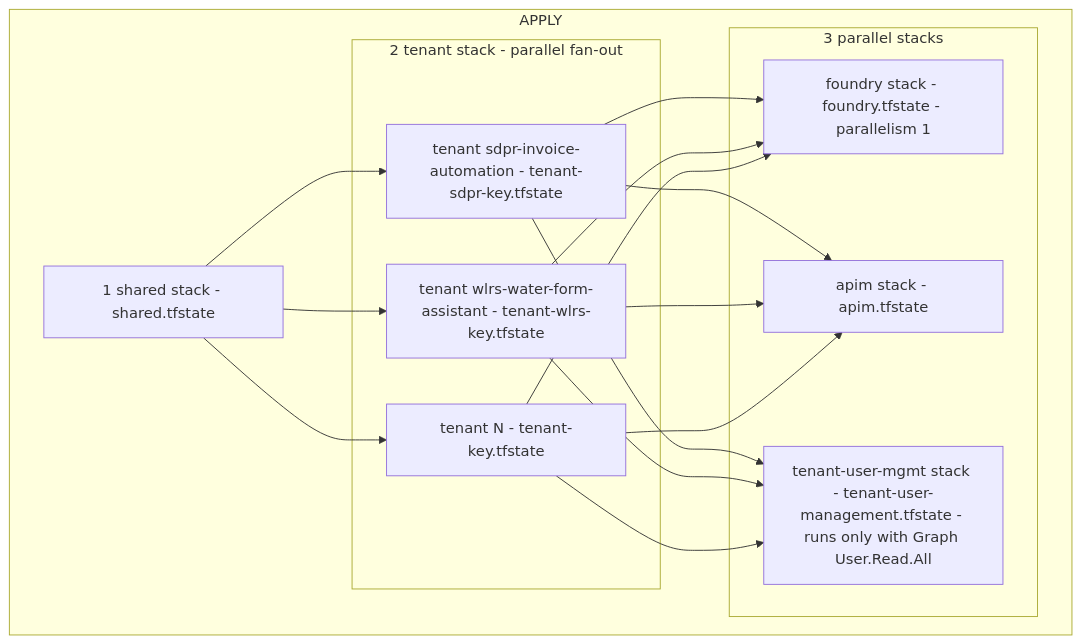
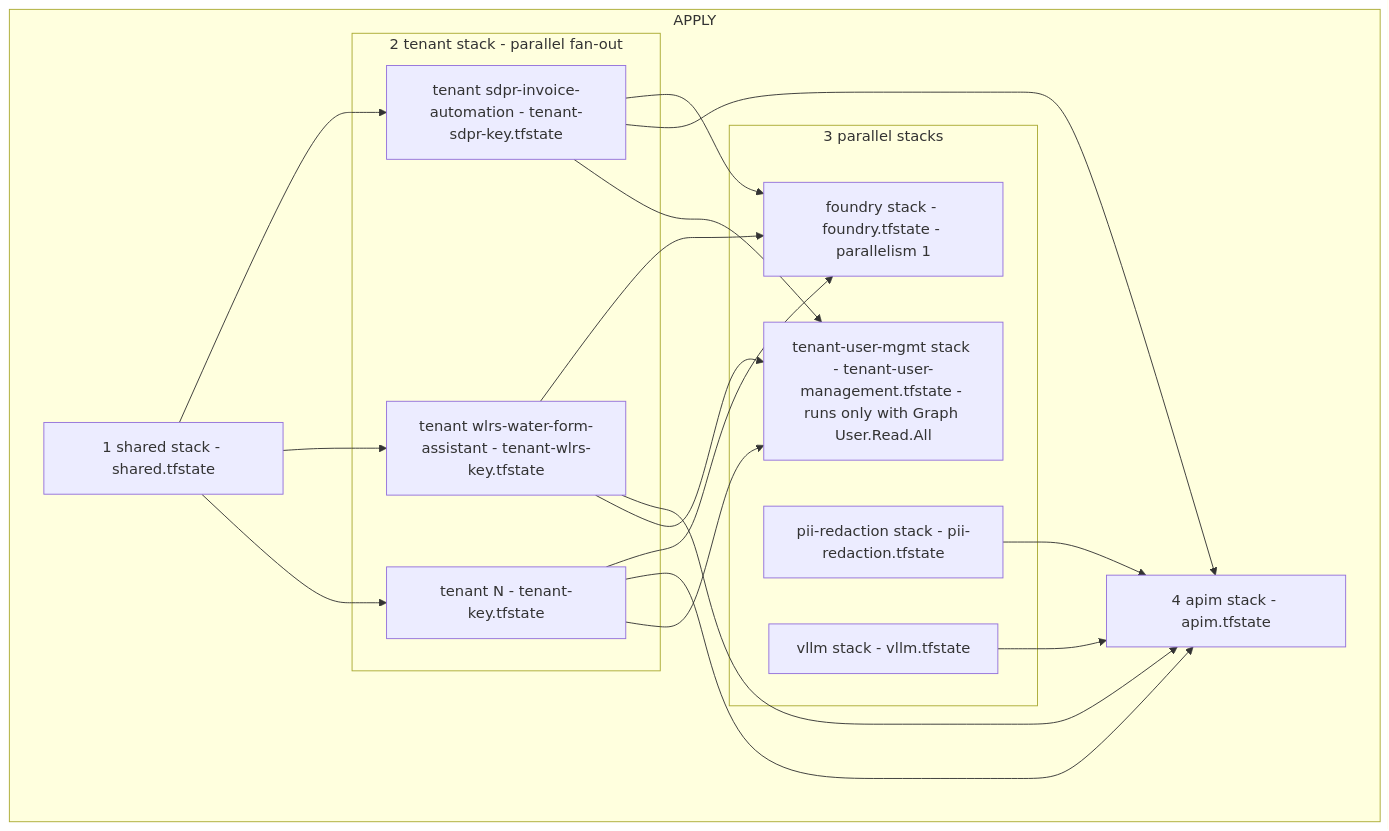
The tenth of 11 diagrams in infra-ai-hub/README.md (bcgov/ai-hub-tracking), drawn with Mermaid before and after one commit. The commit also changed other lines of this file and 32 other files, not shown here.

````diff
--- a/infra-ai-hub/README.md
+++ b/infra-ai-hub/README.md
@@ -1689,34 +1696,40 @@
 ```mermaid
 flowchart TD
   subgraph APPLY
     S["1 shared stack - shared.tfstate"]
 
     subgraph TPAR["2 tenant stack - parallel fan-out"]
       T1["tenant sdpr-invoice-automation - tenant-sdpr-key.tfstate"]
       T2["tenant wlrs-water-form-assistant - tenant-wlrs-key.tfstate"]
       TN["tenant N - tenant-key.tfstate"]
     end
 
     subgraph P3["3 parallel stacks"]
       F["foundry stack - foundry.tfstate - parallelism 1"]
-      A["apim stack - apim.tfstate"]
+      P["pii-redaction stack - pii-redaction.tfstate"]
+      V["vllm stack - vllm.tfstate"]
       U["tenant-user-mgmt stack - tenant-user-management.tfstate - runs only with Graph User.Read.All"]
     end
+
+    A["4 apim stack - apim.tfstate"]
   end
 
   S --> T1
   S --> T2
   S --> TN
 
   T1 --> F
   T2 --> F
   TN --> F
 
   T1 --> A
   T2 --> A
   TN --> A
 
   T1 --> U
   T2 --> U
   TN --> U
+
+  P --> A
+  V --> A
 ```
````
